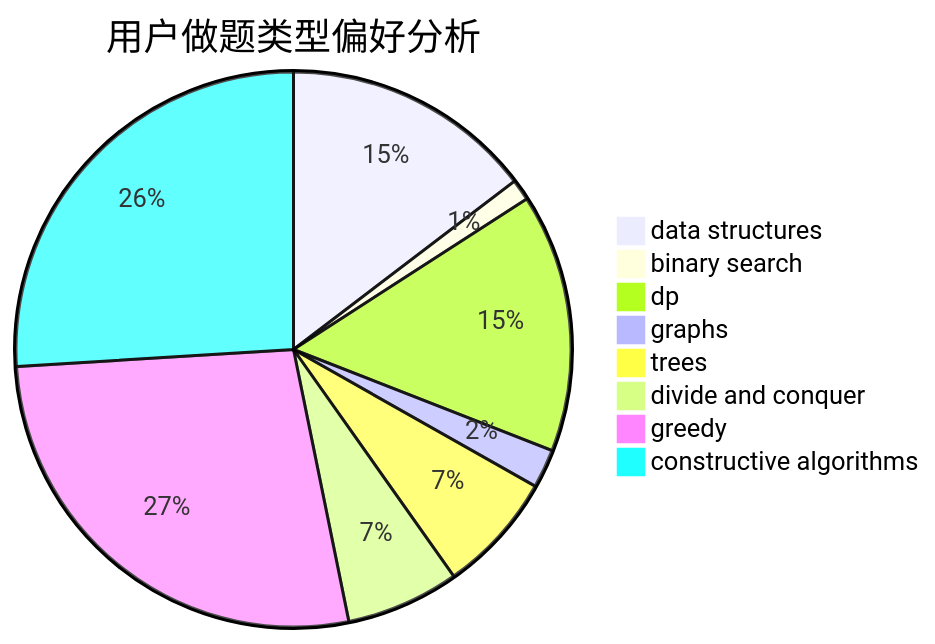
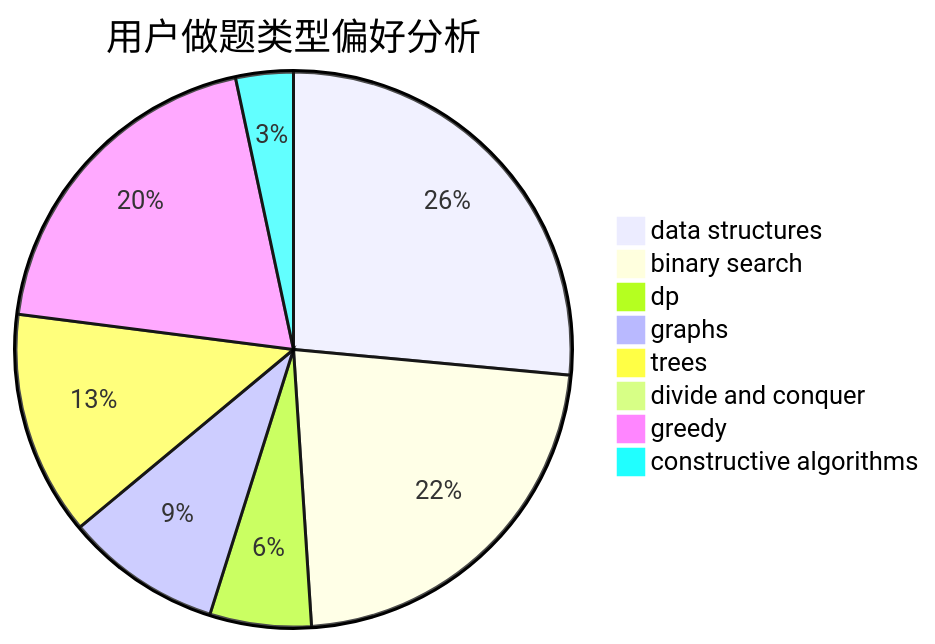
One commit to sherpahu/cfrs.github.io changed the second of 3 diagrams in docs/user/u2029.md. Above: the diagram before and after it, drawn with Mermaid. The commit also changed other lines of this file and 2770 other files, not shown here.

````diff
--- a/docs/user/u2029.md
+++ b/docs/user/u2029.md
@@ -23,11 +23,11 @@
 ```mermaid
 pie title 用户做题类型偏好分析
-    "data structures" :  71
-    "binary search" :  6
-    "dp" :  73
-    "graphs" :  11
-    "trees" :  34
-    "divide and conquer" :  32
-    "greedy" :  132
-    "constructive algorithms" :  126
+    "data structures" :  166
+    "binary search" :  141
+    "dp" :  37
+    "graphs" :  57
+    "trees" :  82
+    "divide and conquer" :  0
+    "greedy" :  123
+    "constructive algorithms" :  21
 ```
````
